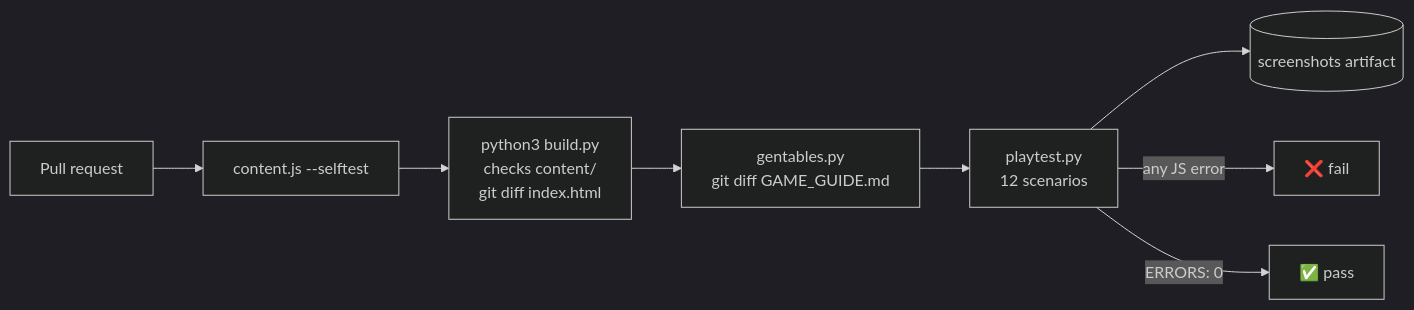
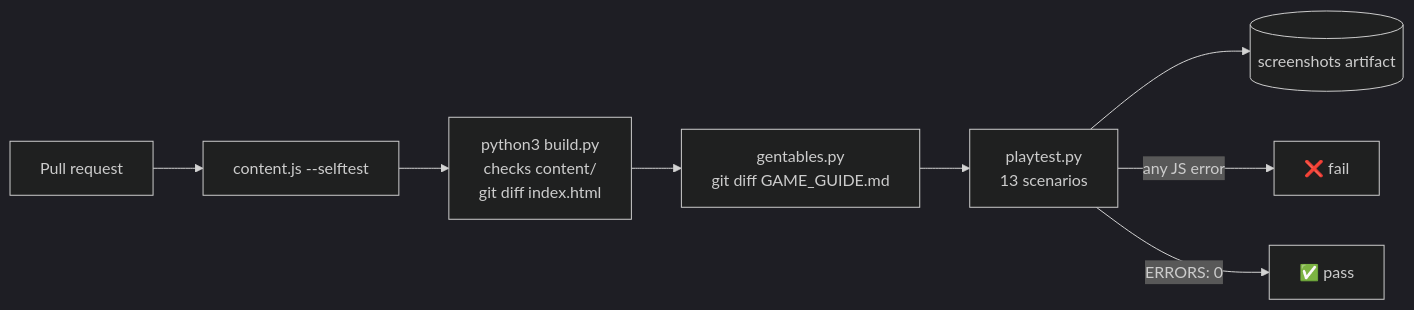
Before and after one commit to CptNope/Laternfall: the fourth of 4 diagrams in docs/TESTING.md, drawn with Mermaid (dark theme). The commit also changed other lines of this file and 37 other files, not shown here.

````diff
--- a/docs/TESTING.md
+++ b/docs/TESTING.md
@@ -239,9 +241,9 @@
 ```mermaid
 flowchart LR
     PR[Pull request] --> CS[content.js --selftest] --> B[python3 build.py<br/>checks content/<br/>git diff index.html]
     B --> GG[gentables.py<br/>git diff GAME_GUIDE.md]
-    GG --> PT[playtest.py<br/>12 scenarios]
+    GG --> PT[playtest.py<br/>13 scenarios]
     PT --> A[(screenshots artifact)]
     PT -->|any JS error| X[❌ fail]
     PT -->|ERRORS: 0| OK[✅ pass]
 ```
````
